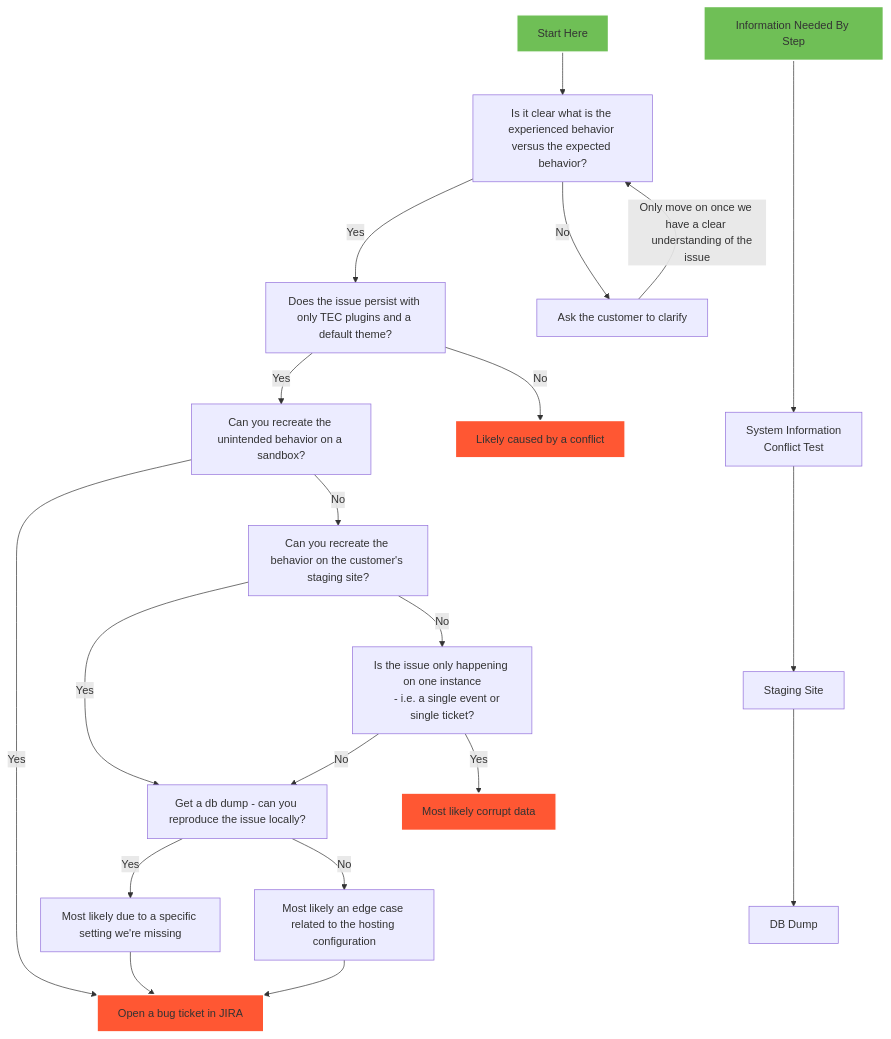
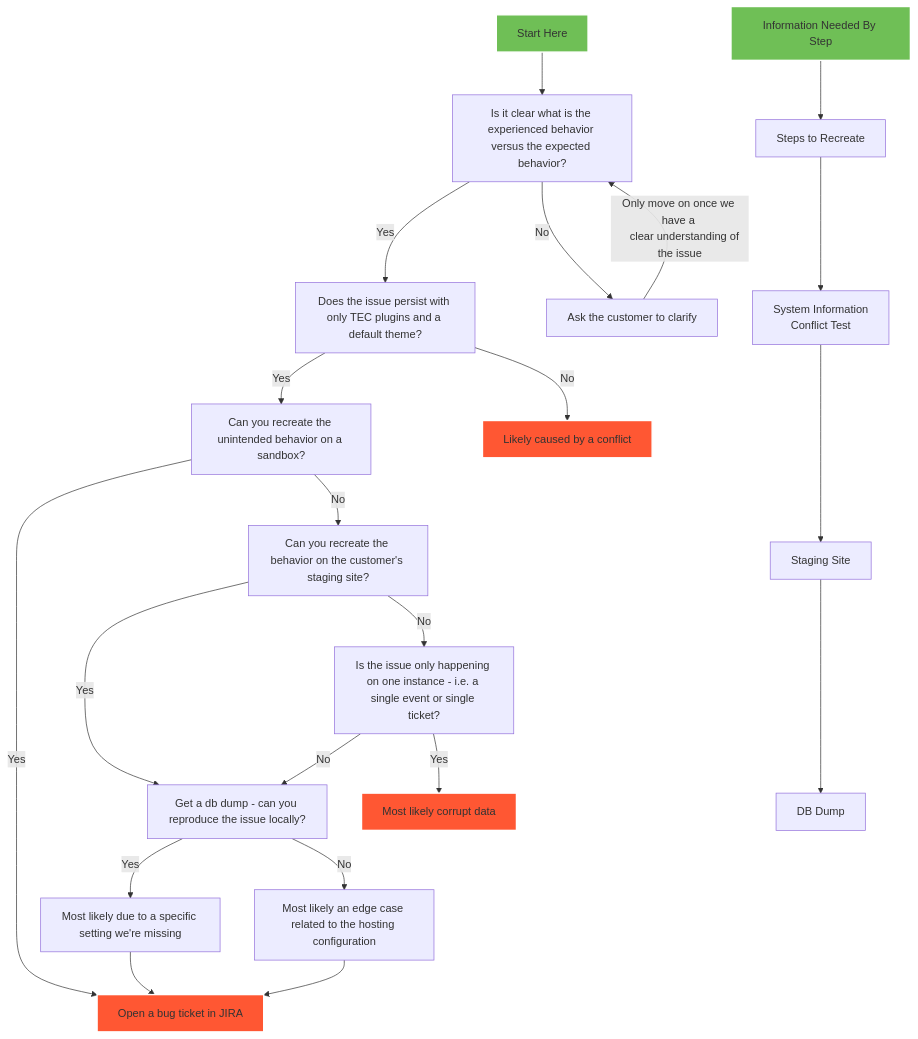
The diagram in support-flowchart.md (sdokus/sdokus-dev-day-concepts), drawn with Mermaid before and after one commit. The commit also changed other lines of this file, not shown here.

Commit message:
Trying to fix hyperlinks

````diff
--- a/support-flowchart.md
+++ b/support-flowchart.md
@@ -3,57 +3,59 @@
 ```mermaid
 graph TD
     A[Start Here]
     A --> B
     B[Is it clear what is the experienced behavior versus the expected behavior?]
     B -->|Yes| C
     B -->|No| D
     D[Ask the customer to clarify]
-    D -->|Only move on once we have a clear 
-    understanding of the issue|B
-    C[Does the issue persist with only TEC plugins and a default theme?]
-    C -->|Yes|E
-    C -->|No|F
-    E[Can you recreate the unintended behavior on a sandbox?]
-    F[Likely caused by a conflict]
-    E --> |Yes| G
-    E --> |No| H
-    G[Open a bug ticket in JIRA]
-    H[Can you recreate the behavior on the customer's staging site?]
-    H -->|Yes| I
-    H -->|No| J
-    I[Get a db dump - can you reproduce the issue locally?]
-    I -->|Yes| N
-    I -->|No| M
-    M[Most likely an edge case related to the hosting configuration]
-    N[Most likely due to a specific setting we're missing]
-    M --> G
-    N --> G
-    J[Is the issue only happening on one instance
-    - i.e. a single event or single ticket?]
-    J --> |No| I
-    J --> |Yes| K
-    
-    K[Most likely corrupt data]
-    
-style A fill:#6FBF56,stroke:#ffffff,stroke-width:2px;
-style F fill:#FF5733,stroke:#ffffff,stroke-width:2px;
-style K fill:#FF5733,stroke:#ffffff,stroke-width:2px;
-style G fill:#FF5733,stroke:#ffffff,stroke-width:2px;
+    D -->|Only move on once we have a 
+    clear understanding of the issue|B
+C[Does the issue persist with only TEC plugins and a default theme?]
+C -->|Yes|E
+C -->|No|F
+E[Can you recreate the unintended behavior on a sandbox?]
+F[Likely caused by a conflict]
+click F href "https://theeventscalendar.com/knowledgebase/testing-for-conflicts/"
+E -->|Yes|G
+E -->|No|H
+G[Open a bug ticket in JIRA]
+H[Can you recreate the behavior on the customer's staging site?]
+H -->|Yes|I
+H -->|No|J
+I[Get a db dump - can you reproduce the issue locally?]
+I -->|Yes|N
+I -->|No|M
+M[Most likely an edge case related to the hosting configuration]
+N[Most likely due to a specific setting we're missing]
+M --> G
+N --> G
+J[Is the issue only happening on one instance - i.e. a single event or single ticket?]
+J -->|No|I
+J -->|Yes|K
+
+K[Most likely corrupt data]
+
+style A fill: #6FBF56, stroke: #ffffff,stroke-width: 2px;
+style F fill: #FF5733, stroke: #ffffff, stroke-width: 2px;
+style K fill: #FF5733, stroke: #ffffff,stroke-width: 2px;
+style G fill: #FF5733, stroke: #ffffff, stroke-width: 2px;
 
 %% Second Graph - Information Gathering
-    A2[Information Needed By Step]
-    A2 ----> B2
-    B2[
-        System Information
-        Conflict Test
-    ]
-    click B2 href "/#system-info"
-    B2 ---> C2
-    C2[Staging Site]
-    click C2 href "/#staging-site"
-    C2 ---> D2
-    D2[DB Dump]
-    click D2 href "/#db-dump"
+A2[Information Needed By Step]
+A2 --> B2
+B2[Steps to Recreate]
+B2 --> C2
+C2[
+System Information
+Conflict Test
+]
+click C2 href "#system-info"
+C2 ---> D2
+D2[Staging Site]
+click D2 href "#staging-site"
+D2 ---> E2
+E2[DB Dump]
+click E2 href "#db-dump"
 
-style A2 fill:#6FBF56,stroke:#ffffff,stroke-width:2px;
+style A2 fill: #6FBF56, stroke: #ffffff, stroke-width:2px;
 ```
````
